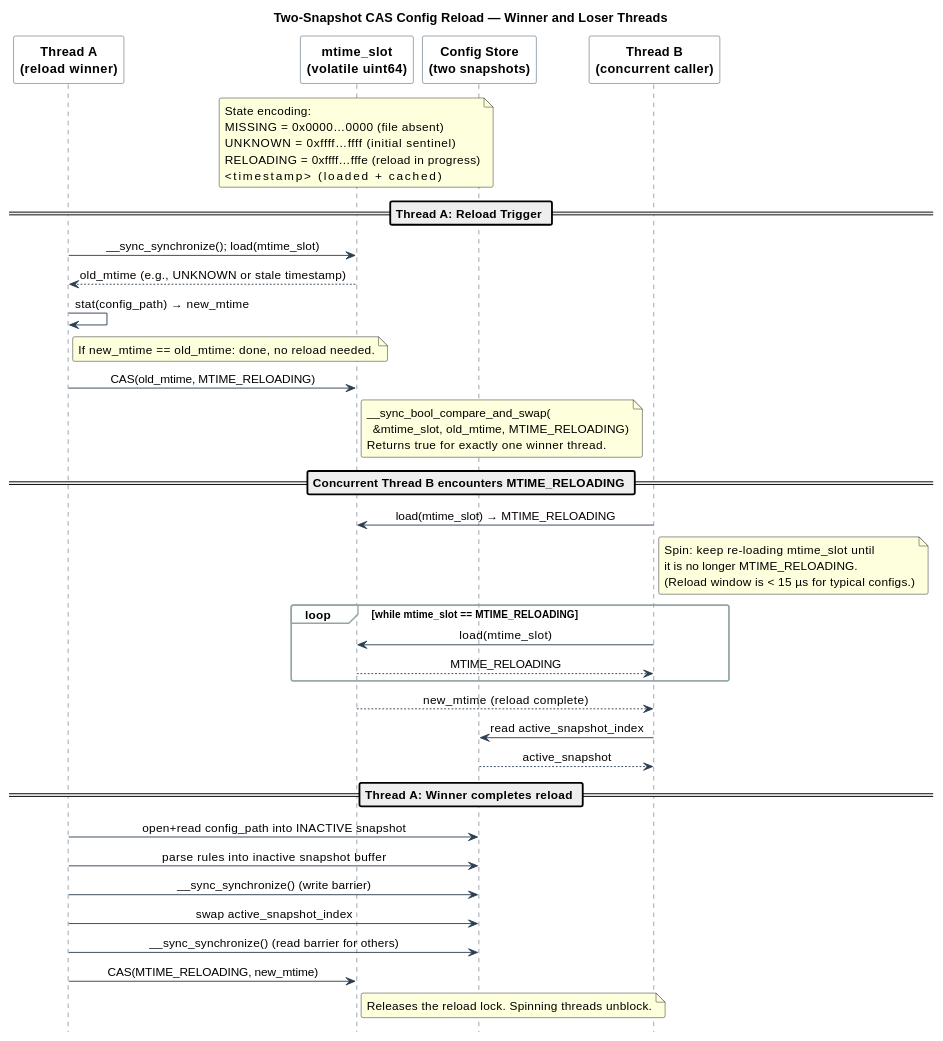
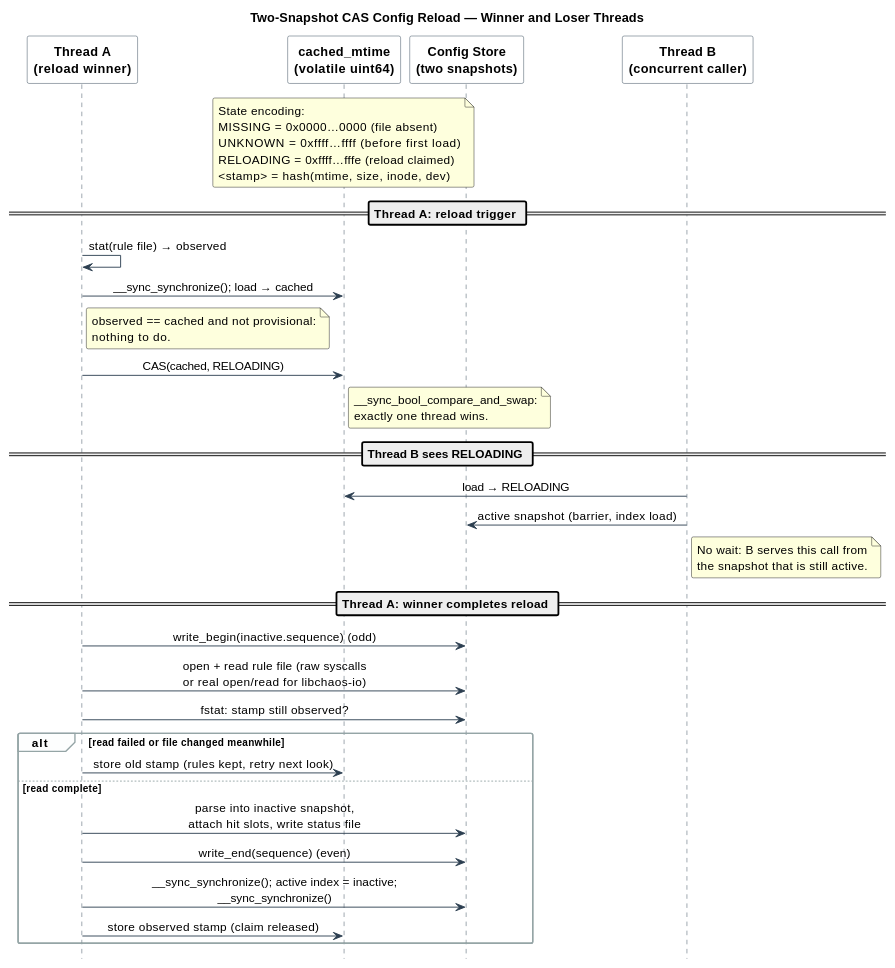
One commit to macstab/macstab-chaos-testing-libraries changed the second of 3 diagrams in docs/ARCHITECTURE.md. Above: the diagram before and after it, drawn with PlantUML. The commit also changed other lines of this file and 14 other files, not shown here.

Commit message:
docs: rewrite architecture, safety, platform and engineering docs; redraw diagrams

````diff
--- a/docs/ARCHITECTURE.md
+++ b/docs/ARCHITECTURE.md
@@ -262,80 +322,71 @@
 ```plantuml
 @startuml config_reload
 title Two-Snapshot CAS Config Reload — Winner and Loser Threads
 
 skinparam sequenceMessageAlign center
 skinparam shadowing false
 skinparam roundCorner 4
 skinparam sequence {
   ArrowColor                 #2C3E50
   LifeLineBorderColor        #2C3E50
   LifeLineBackgroundColor    #ECF0F1
   ParticipantBorderColor     #2C3E50
   ParticipantBackgroundColor #FFFFFF
   ParticipantFontStyle       bold
   GroupBackgroundColor       #FDFEFE
   GroupBorderColor           #95A5A6
 }
 hide footbox
 
 participant "Thread A\n(reload winner)" as A
-participant "mtime_slot\n(volatile uint64)" as Slot
+participant "cached_mtime\n(volatile uint64)" as Slot
 participant "Config Store\n(two snapshots)" as Store
 participant "Thread B\n(concurrent caller)" as B
 
 note over Slot
   State encoding:
   MISSING    = 0x0000…0000  (file absent)
-  UNKNOWN    = 0xffff…ffff  (initial sentinel)
-  RELOADING  = 0xffff…fffe  (reload in progress)
-  <timestamp>               (loaded + cached)
+  UNKNOWN    = 0xffff…ffff  (before first load)
+  RELOADING  = 0xffff…fffe  (reload claimed)
+  <stamp>    = hash(mtime, size, inode, dev)
 end note
 
-== Thread A: Reload Trigger ==
+== Thread A: reload trigger ==
 
-A -> Slot : __sync_synchronize(); load(mtime_slot)
-Slot --> A : old_mtime (e.g., UNKNOWN or stale timestamp)
-A -> A : stat(config_path) → new_mtime
+A -> A : stat(rule file) → observed
+A -> Slot : __sync_synchronize(); load → cached
 note right of A
-  If new_mtime == old_mtime: done, no reload needed.
+  observed == cached and not provisional:
+  nothing to do.
+end note
+A -> Slot : CAS(cached, RELOADING)
+note right of Slot
+  __sync_bool_compare_and_swap:
+  exactly one thread wins.
 end note
 
-A -> Slot : CAS(old_mtime, MTIME_RELOADING)
-note right of Slot
-  __sync_bool_compare_and_swap(
-    &mtime_slot, old_mtime, MTIME_RELOADING)
-  Returns true for exactly one winner thread.
+== Thread B sees RELOADING ==
+
+B -> Slot : load → RELOADING
+B -> Store : active snapshot (barrier, index load)
+note right of B
+  No wait: B serves this call from
+  the snapshot that is still active.
 end note
 
-== Concurrent Thread B encounters MTIME_RELOADING ==
+== Thread A: winner completes reload ==
 
-B -> Slot : load(mtime_slot) → MTIME_RELOADING
-note right of B
-  Spin: keep re-loading mtime_slot until
-  it is no longer MTIME_RELOADING.
-  (Reload window is < 15 µs for typical configs.)
-end note
-
-loop while mtime_slot == MTIME_RELOADING
-  B -> Slot : load(mtime_slot)
-  Slot --> B : MTIME_RELOADING
+A -> Store : write_begin(inactive.sequence) (odd)
+A -> Store : open + read rule file (raw syscalls\nor real open/read for libchaos-io)
+A -> Store : fstat: stamp still observed?
+alt read failed or file changed meanwhile
+  A -> Slot : store old stamp (rules kept, retry next look)
+else read complete
+  A -> Store : parse into inactive snapshot,\nattach hit slots, write status file
+  A -> Store : write_end(sequence) (even)
+  A -> Store : __sync_synchronize(); active index = inactive;\n__sync_synchronize()
+  A -> Slot : store observed stamp (claim released)
 end
-
-Slot --> B : new_mtime (reload complete)
-B -> Store : read active_snapshot_index
-Store --> B : active_snapshot
-
-== Thread A: Winner completes reload ==
-
-A -> Store : open+read config_path into INACTIVE snapshot
-A -> Store : parse rules into inactive snapshot buffer
-A -> Store : __sync_synchronize() (write barrier)
-A -> Store : swap active_snapshot_index
-A -> Store : __sync_synchronize() (read barrier for others)
-A -> Slot : CAS(MTIME_RELOADING, new_mtime)
-note right of Slot
-  Releases the reload lock. Spinning threads unblock.
-end note
 
 @enduml
 ```
````
